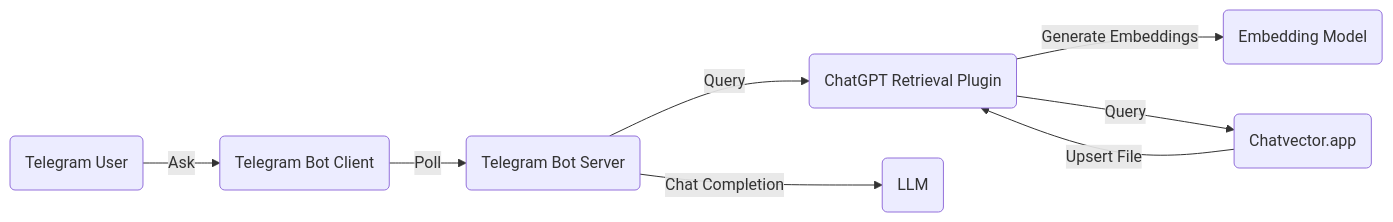
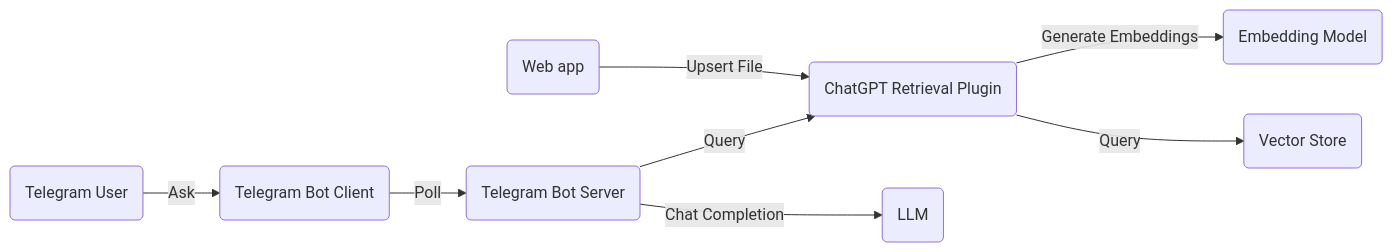
The diagram in architecture.md (doanhaivu/chatgpt_telegram_bot), drawn with Mermaid before and after one commit.

````diff
--- a/architecture.md
+++ b/architecture.md
@@ -1,11 +1,11 @@
 ```mermaid
 
 flowchart LR
     J(Telegram User) --> |Ask| A(Telegram Bot Client)
     A -->|Poll| B(Telegram Bot Server)
     B -->|Query| C(ChatGPT Retrieval Plugin)
     C -->|Generate Embeddings| D(Embedding Model)
     B -->|Chat Completion| E(LLM)
     C -->|Query| F(Vector Store)
-    F(Chatvector.app) -->|Upsert File| C
+    G(Web app) -->|Upsert File| C
 ```
````
